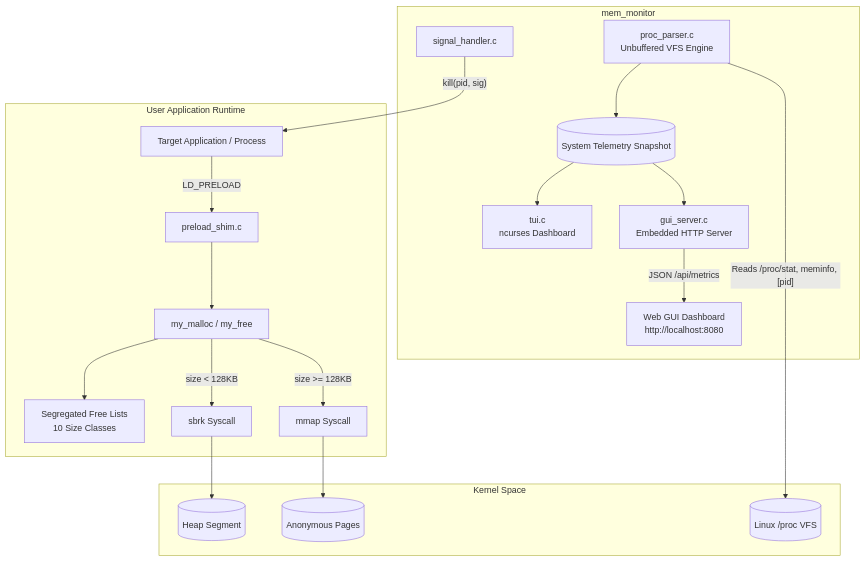
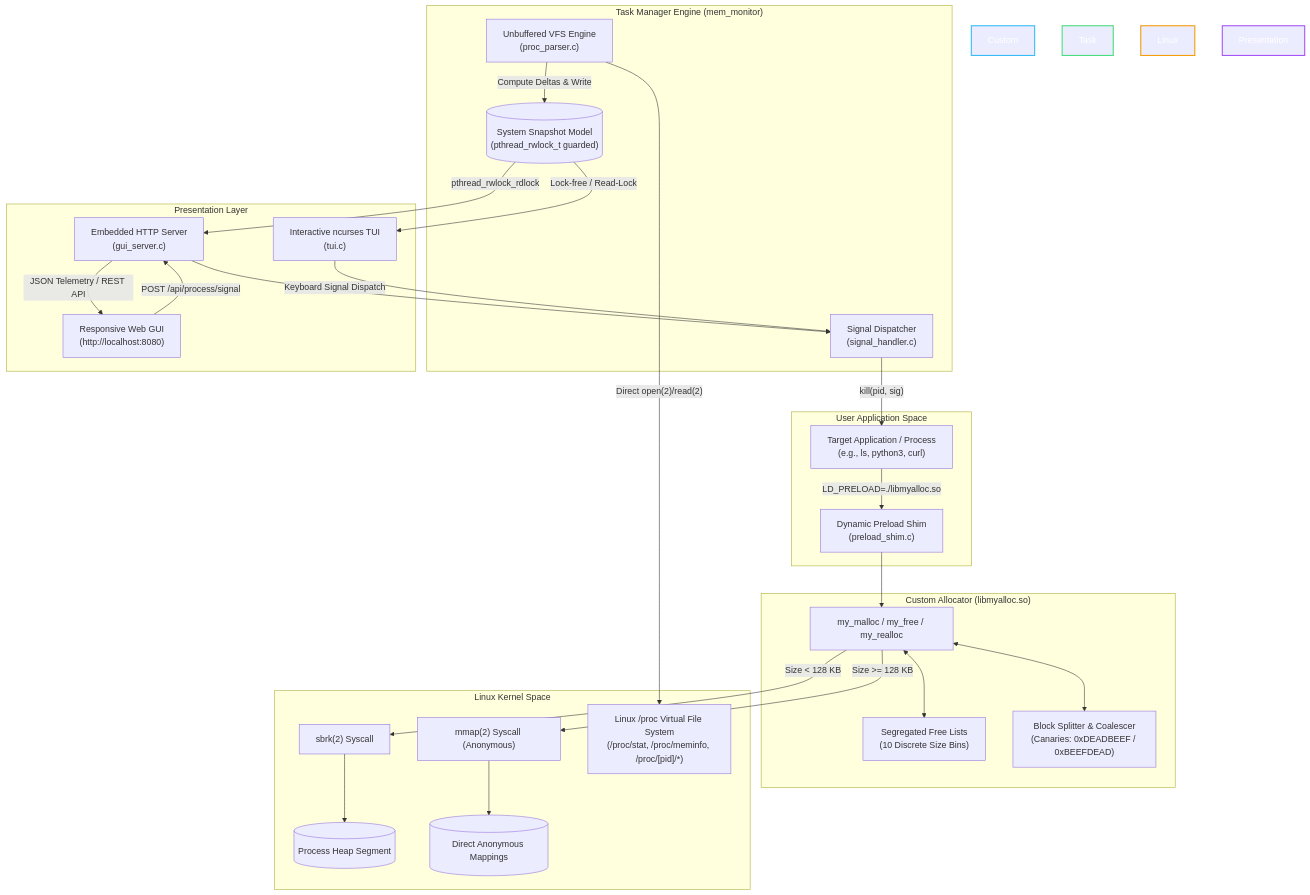
The first of 2 diagrams in README.md (tejaswin-amara/Linux-Dynamic-Memory-Allocation-and-Memory-Monitoring-System), drawn with Mermaid before and after one commit. The commit also changed other lines of this file and 11 other files, not shown here.

````diff
--- a/README.md
+++ b/README.md
@@ -26,26 +144,59 @@
 ```mermaid
 graph TD
-    subgraph User Application Runtime
-        APP[Target Application / Process] -->|LD_PRELOAD| SHIM[preload_shim.c]
-        SHIM --> ALLOC[my_malloc / my_free]
-        ALLOC --> SEGLIST[Segregated Free Lists<br/>10 Size Classes]
-        ALLOC -->|"size < 128KB"| SBRK[sbrk Syscall]
-        ALLOC -->|"size >= 128KB"| MMAP[mmap Syscall]
+    subgraph User Application Space
+        APP["Target Application / Process<br/>(e.g., ls, python3, curl)"]
+        SHIM["Dynamic Preload Shim<br/>(preload_shim.c)"]
+        APP -->|"LD_PRELOAD=./libmyalloc.so"| SHIM
     end
 
-    subgraph Kernel Space
-        SBRK --> HEAP[(Heap Segment)]
-        MMAP --> ANONYMOUS[(Anonymous Pages)]
-        VFS[(Linux /proc VFS)]
+    subgraph Custom Allocator ["Custom Allocator (libmyalloc.so)"]
+        ALLOC["my_malloc / my_free / my_realloc"]
+        SEGLIST["Segregated Free Lists<br/>(10 Discrete Size Bins)"]
+        SPLIT["Block Splitter & Coalescer<br/>(Canaries: 0xDEADBEEF / 0xBEEFDEAD)"]
+        
+        SHIM --> ALLOC
+        ALLOC <--> SEGLIST
+        ALLOC <--> SPLIT
     end
 
-    subgraph Task Manager Daemon [mem_monitor]
-        PARSER[proc_parser.c<br/>Unbuffered VFS Engine] -->|"Reads /proc/stat, meminfo, [pid]"| VFS
-        SIGNAL[signal_handler.c] -->|"kill(pid, sig)"| APP
-        SNAPSHOT[(System Telemetry Snapshot)]
-        PARSER --> SNAPSHOT
-        SNAPSHOT --> TUI[tui.c<br/>ncurses Dashboard]
-        SNAPSHOT --> SERVER[gui_server.c<br/>Embedded HTTP Server]
-        SERVER -->|JSON /api/metrics| WEB[Web GUI Dashboard<br/>http://localhost:8080]
+    subgraph Linux Kernel Space
+        SBRK["sbrk(2) Syscall"]
+        MMAP["mmap(2) Syscall (Anonymous)"]
+        VFS["Linux /proc Virtual File System<br/>(/proc/stat, /proc/meminfo, /proc/[pid]/*)"]
+        HEAP[("Process Heap Segment")]
+        PAGES[("Direct Anonymous Mappings")]
+        
+        ALLOC -->|"Size < 128 KB"| SBRK
+        ALLOC -->|"Size >= 128 KB"| MMAP
+        SBRK --> HEAP
+        MMAP --> PAGES
     end
+
+    subgraph Task Manager Daemon ["Task Manager Engine (mem_monitor)"]
+        PARSER["Unbuffered VFS Engine<br/>(proc_parser.c)"]
+        SNAPSHOT[("System Snapshot Model<br/>(pthread_rwlock_t guarded)")]
+        SIGNAL["Signal Dispatcher<br/>(signal_handler.c)"]
+        
+        PARSER -->|"Direct open(2)/read(2)"| VFS
+        PARSER -->|"Compute Deltas & Write"| SNAPSHOT
+        SIGNAL -->|"kill(pid, sig)"| APP
+    end
+
+    subgraph Presentation Layer
+        TUI["Interactive ncurses TUI<br/>(tui.c)"]
+        SERVER["Embedded HTTP Server<br/>(gui_server.c)"]
+        WEB["Responsive Web GUI<br/>(http://localhost:8080)"]
+        
+        SNAPSHOT -->|"Lock-free / Read-Lock"| TUI
+        SNAPSHOT -->|"pthread_rwlock_rdlock"| SERVER
+        SERVER -->|"JSON Telemetry / REST API"| WEB
+        WEB -->|"POST /api/process/signal"| SERVER
+        SERVER --> SIGNAL
+        TUI -->|"Keyboard Signal Dispatch"| SIGNAL
+    end
+
+    style Custom Allocator fill:#1e293b,stroke:#38bdf8,stroke-width:2px,color:#fff
+    style Task Manager Daemon fill:#1e293b,stroke:#4ade80,stroke-width:2px,color:#fff
+    style Linux Kernel Space fill:#0f172a,stroke:#f59e0b,stroke-width:2px,color:#fff
+    style Presentation Layer fill:#1e293b,stroke:#a855f7,stroke-width:2px,color:#fff
 ```
````
